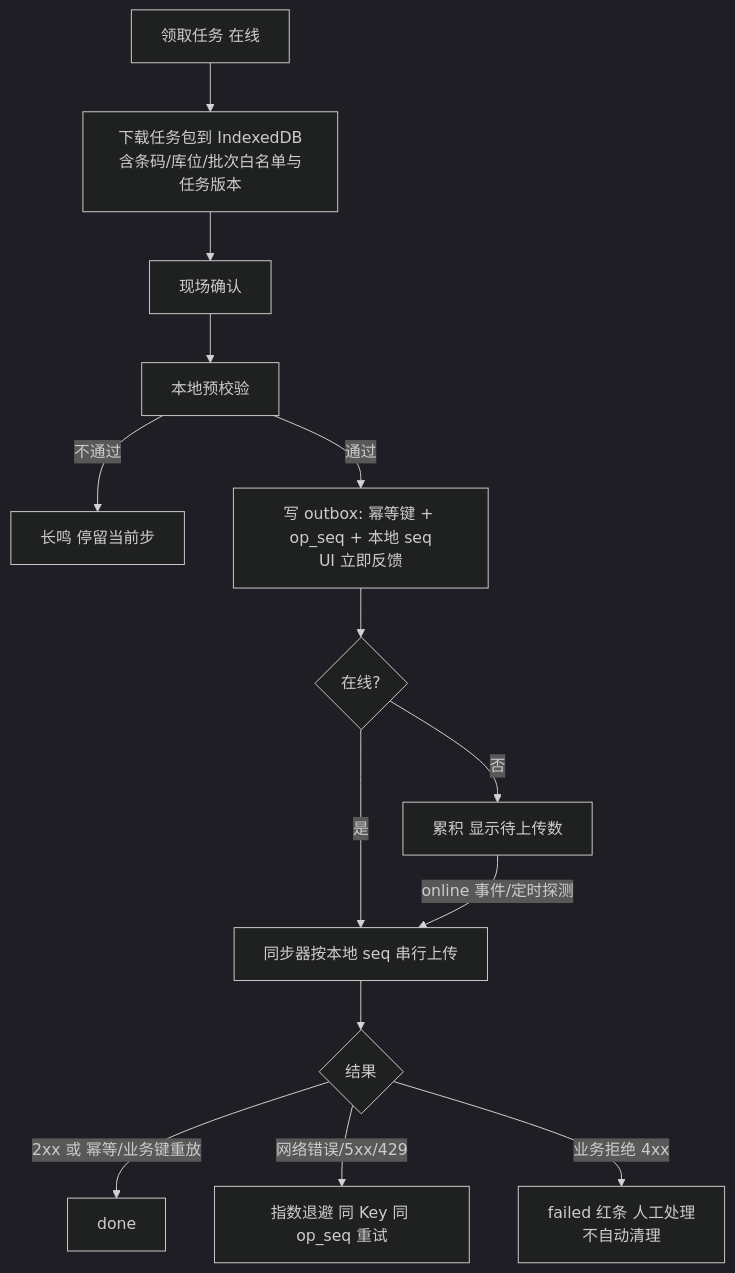
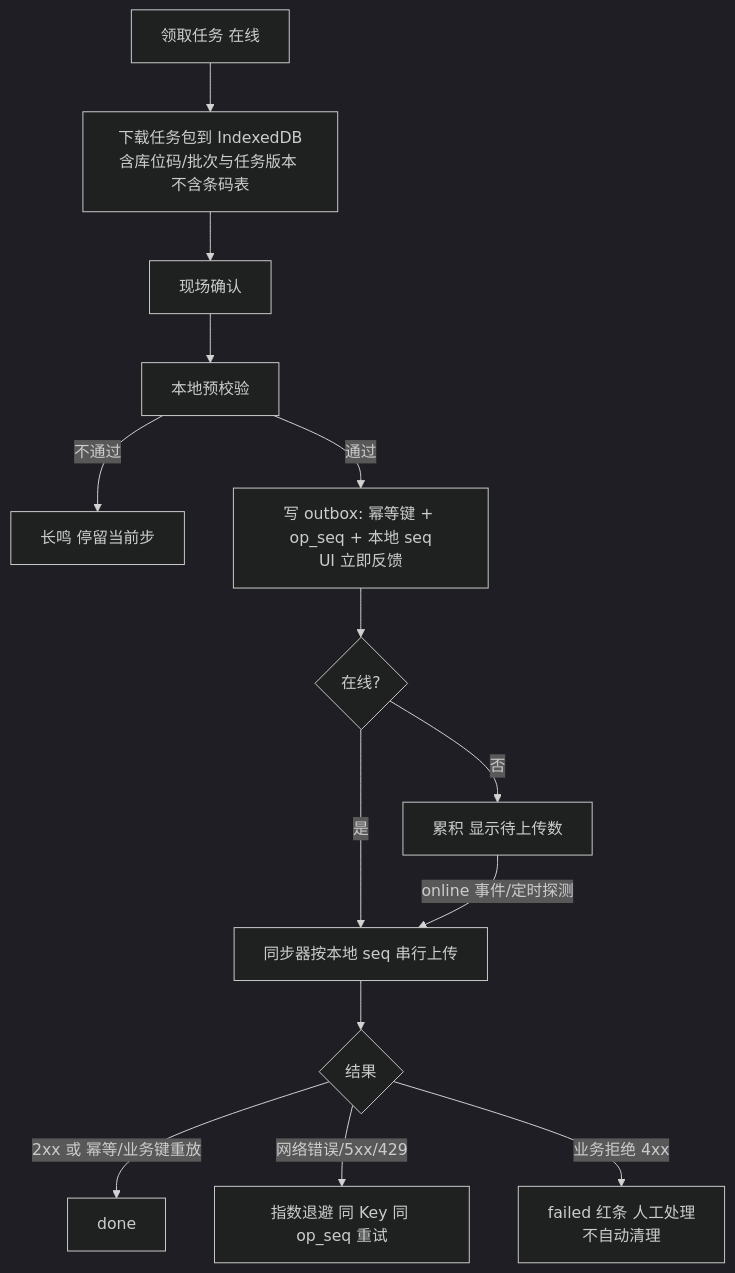
Before and after one commit to Akarin7784/fresh-wms: the first of 3 diagrams in docs/14-分拣H5-PDA端.md, drawn with Mermaid (dark theme). The commit also changed other lines of this file and 1 other file, not shown here.

````diff
--- a/docs/14-分拣H5-PDA端.md
+++ b/docs/14-分拣H5-PDA端.md
@@ -130,16 +135,16 @@
 ```mermaid
 flowchart TD
-  A[领取任务 在线] --> B[下载任务包到 IndexedDB<br/>含条码/库位/批次白名单与任务版本]
+  A[领取任务 在线] --> B[下载任务包到 IndexedDB<br/>含库位码/批次与任务版本 不含条码表]
   B --> C[现场确认]
   C --> D[本地预校验]
   D -->|不通过| E[长鸣 停留当前步]
   D -->|通过| F[写 outbox: 幂等键 + op_seq + 本地 seq<br/>UI 立即反馈]
   F --> G{在线?}
   G -->|是| H[同步器按本地 seq 串行上传]
   G -->|否| I[累积 显示待上传数]
   I -->|online 事件/定时探测| H
   H --> J{结果}
   J -->|2xx 或 幂等/业务键重放| K[done]
   J -->|网络错误/5xx/429| L[指数退避 同 Key 同 op_seq 重试]
   J -->|业务拒绝 4xx| M[failed 红条 人工处理<br/>不自动清理]
 ```
````
